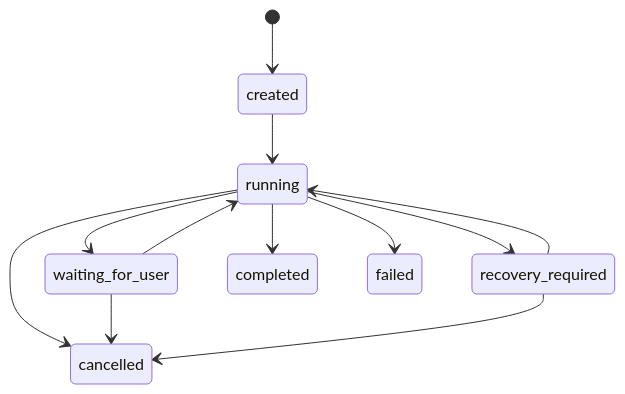
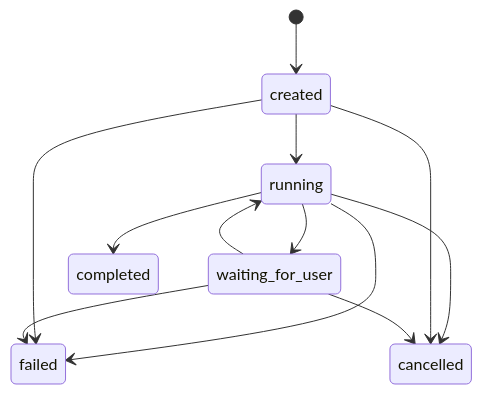
Before and after one commit to lucyonegit/agent-runtime-v2: the second of 3 diagrams in docs/01-database-and-state-machines.md, drawn with Mermaid. The commit also changed other lines of this file and 37 other files, not shown here.

````diff
--- a/docs/01-database-and-state-machines.md
+++ b/docs/01-database-and-state-machines.md
@@ -45,14 +43,14 @@
 ```mermaid
 stateDiagram-v2
     [*] --> created
     created --> running
     running --> waiting_for_user
     waiting_for_user --> running
-    running --> recovery_required
-    recovery_required --> running
     running --> completed
     running --> failed
     running --> cancelled
+    created --> failed
+    created --> cancelled
+    waiting_for_user --> failed
     waiting_for_user --> cancelled
-    recovery_required --> cancelled
 ```
````
